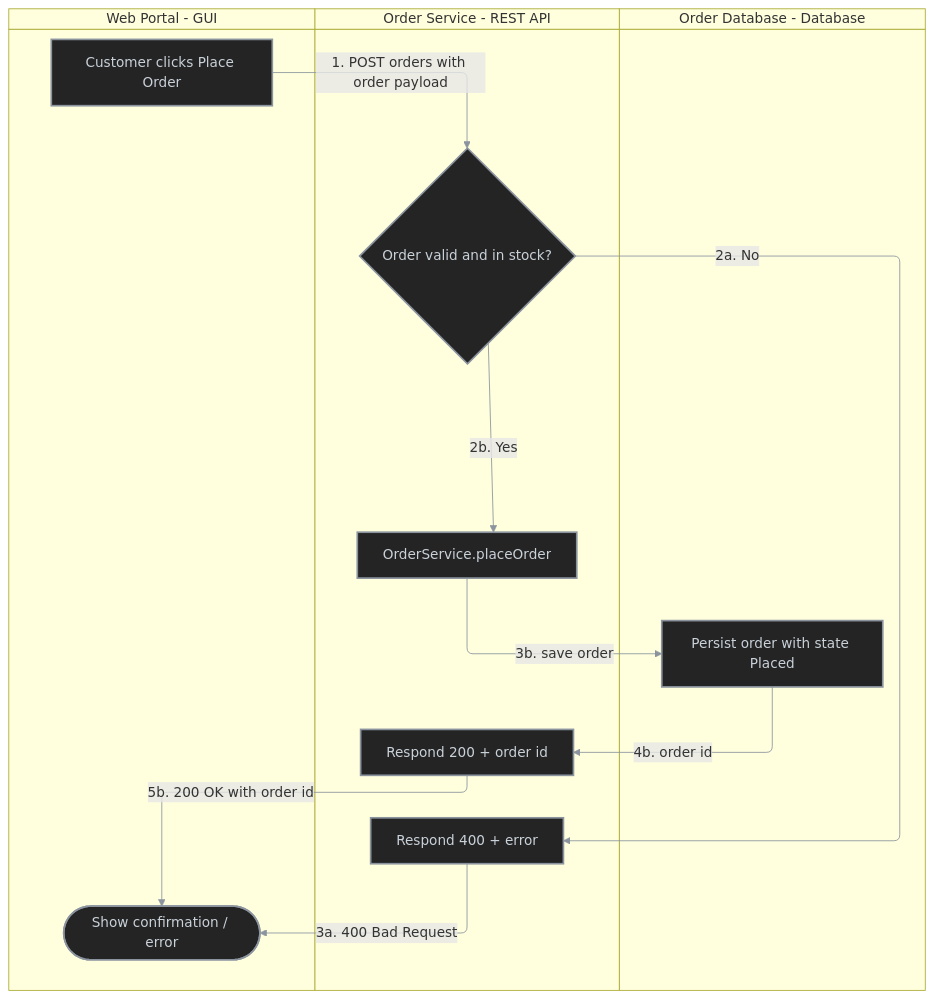
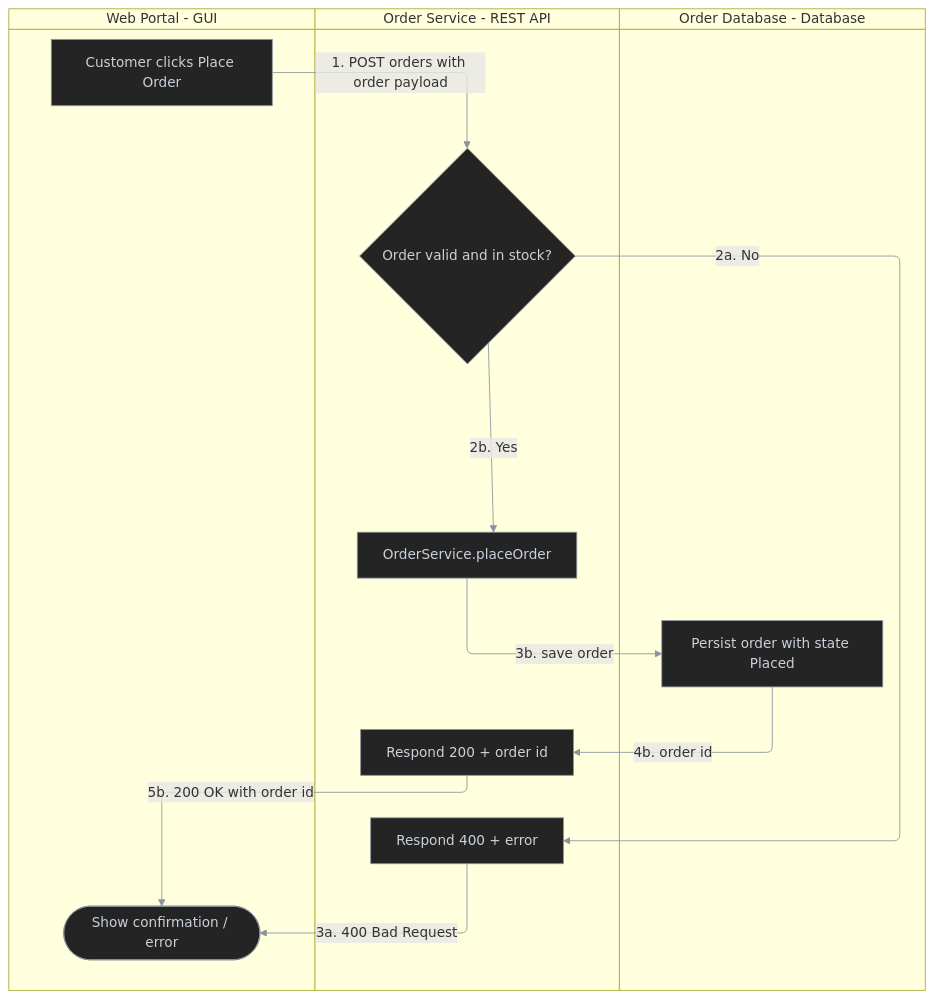
Before and after one commit to antshc/brain: the fourth of 8 diagrams in skills/wf/to-diagram/README.md, drawn with Mermaid. The commit also changed other lines of this file and 4 other files, not shown here.

Commit message:
refactor: update diagram styles and class definitions for consistency across templates

````diff
--- a/skills/wf/to-diagram/README.md
+++ b/skills/wf/to-diagram/README.md
@@ -128,29 +130,29 @@
 ```mermaid
 %%{init: {'themeVariables': {'lineColor': '#8b949e'}}}%%
 swimlane-beta TB
   subgraph frontend [Web Portal - GUI]
     submit[Customer clicks Place Order]
     showResult([Show confirmation / error])
   end
 
   subgraph restApi [Order Service - REST API]
     validate{Order valid and in stock?}
     placeOrder[OrderService.placeOrder]
     respond200[Respond 200 + order id]
     respond400[Respond 400 + error]
   end
 
   subgraph database [Order Database - Database]
     persistOrder[Persist order with state Placed]
   end
 
   submit -->|1. POST orders with order payload| validate
   validate -->|2a. No| respond400
   validate -->|2b. Yes| placeOrder
   respond400 -->|3a. 400 Bad Request| showResult
   placeOrder -->|3b. save order| persistOrder
   persistOrder -->|4b. order id| respond200
   respond200 -->|5b. 200 OK with order id| showResult
 
-  classDef default fill:#242424,stroke:#8b949e,color:#c9d1d9,stroke-width:2px
+  classDef default fill:#242424,stroke:#8b949e,color:#c9d1d9,stroke-width:1px
 ```
````
